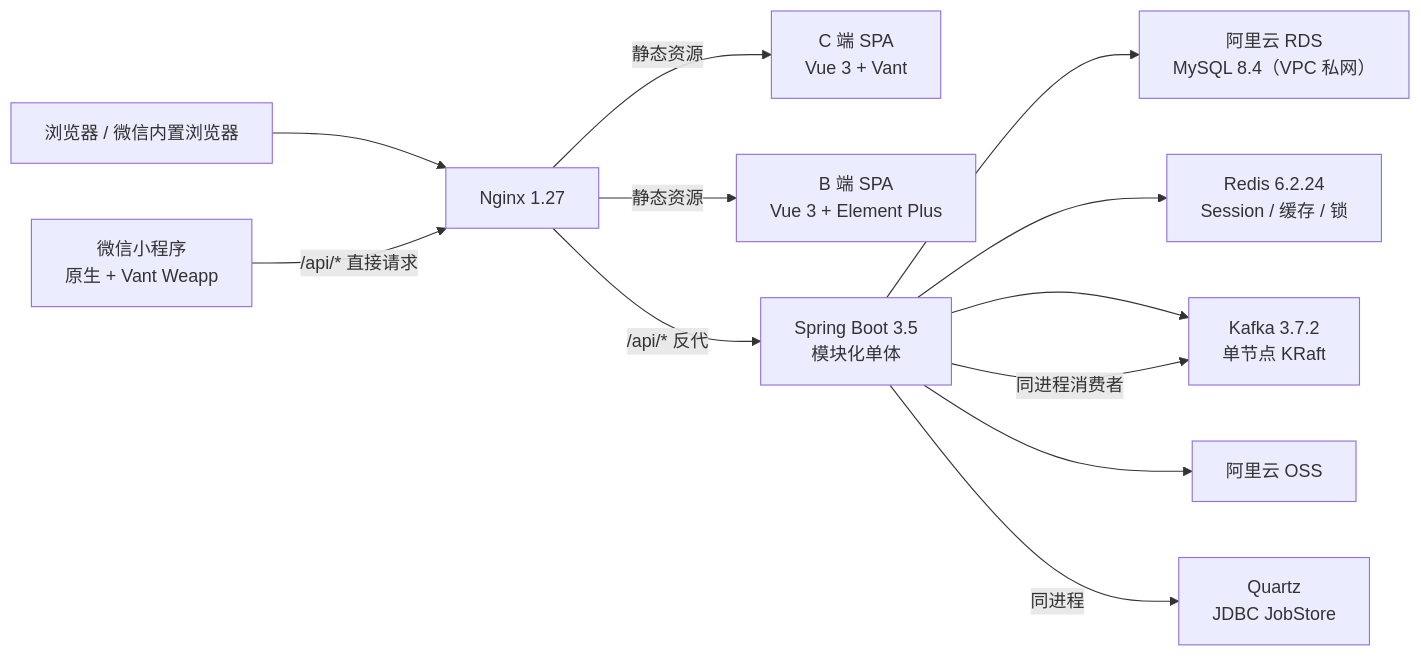
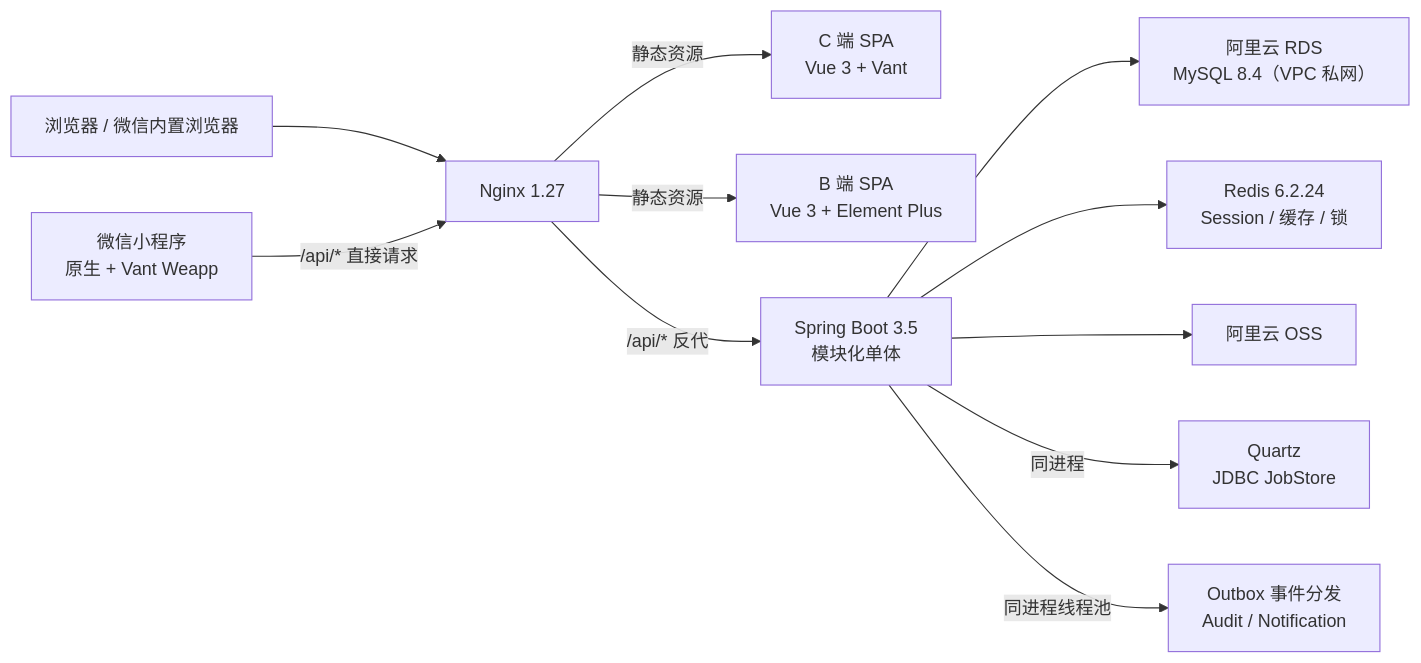
Before and after one commit to zhouyacheng/yunhefc: the first of 7 diagrams in docs/design/03.整体架构设计.md, drawn with Mermaid. The commit also changed other lines of this file and 57 other files, not shown here.

````diff
--- a/docs/design/03.整体架构设计.md
+++ b/docs/design/03.整体架构设计.md
@@ -114,14 +113,13 @@
 ```mermaid
 flowchart LR
   Browser["浏览器 / 微信内置浏览器"] --> Nginx["Nginx 1.27"]
   Nginx -->|"静态资源"| Web["C 端 SPA<br/>Vue 3 + Vant"]
   Nginx -->|"静态资源"| Admin["B 端 SPA<br/>Vue 3 + Element Plus"]
   Mini["微信小程序<br/>原生 + Vant Weapp"] -->|"/api/* 直接请求"| Nginx
   Nginx -->|"/api/* 反代"| App["Spring Boot 3.5<br/>模块化单体"]
   App --> RDS["阿里云 RDS<br/>MySQL 8.4（VPC 私网）"]
   App --> Redis["Redis 6.2.24<br/>Session / 缓存 / 锁"]
-  App --> Kafka["Kafka 3.7.2<br/>单节点 KRaft"]
   App --> OSS["阿里云 OSS"]
   App -->|"同进程"| Quartz["Quartz<br/>JDBC JobStore"]
-  App -->|"同进程消费者"| Kafka
+  App -->|"同进程线程池"| Dispatch["Outbox 事件分发<br/>Audit / Notification"]
 ```
````
